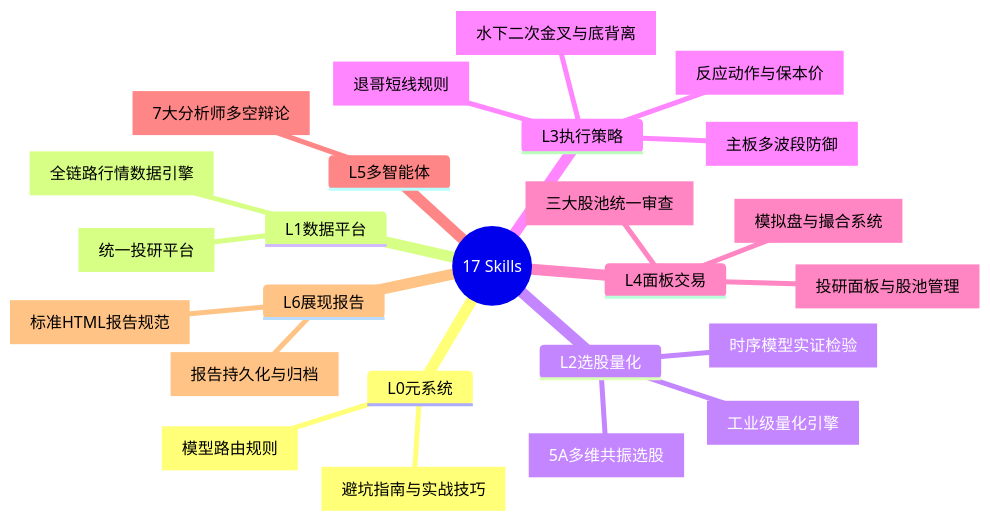
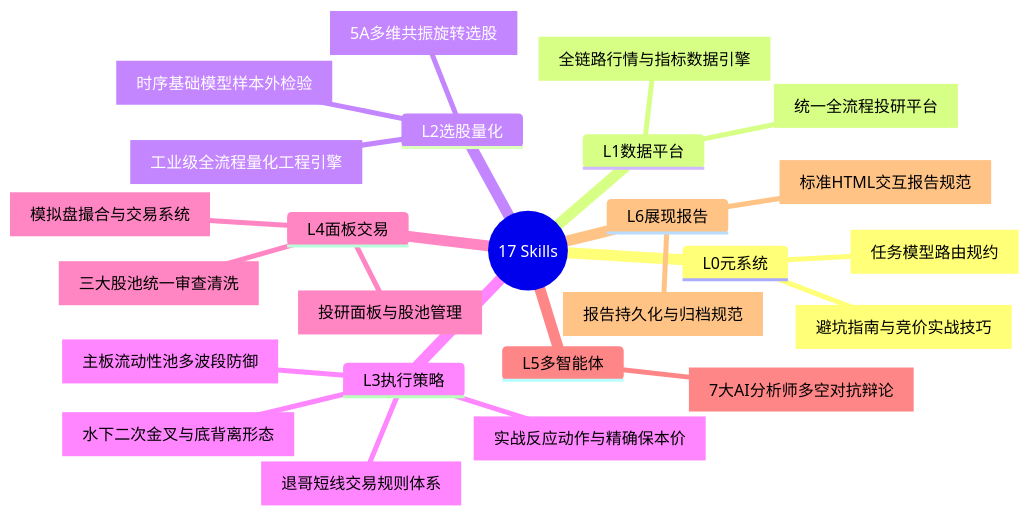
One commit to cvdnn/a_stock_agents changed the second of 3 diagrams in docs/index.md. Above: the diagram before and after it, drawn with Mermaid. The commit also changed other lines of this file and 1 other file, not shown here.

Commit message:
docs: update index.md and quickstart.md with latest architecture, Web UI, and CLI workflows

````diff
--- a/docs/index.md
+++ b/docs/index.md
@@ -148,28 +267,28 @@
 ```mermaid
 mindmap
   root((17 Skills))
     L0元系统
-      astock-meta-routing[模型路由规则]
-      astock-knowledge-tips[避坑指南与实战技巧]
+      astock-meta-routing[任务模型路由规约]
+      astock-knowledge-tips[避坑指南与竞价实战技巧]
     L1数据平台
-      astock-data-feed[全链路行情数据引擎]
-      astock-platform-evaluate[统一投研平台]
+      astock-data-feed[全链路行情与指标数据引擎]
+      astock-platform-evaluate[统一全流程投研平台]
     L2选股量化
-      astock-screener-5a[5A多维共振选股]
-      astock-quant-engine[工业级量化引擎]
-      astock-model-validation[时序模型实证检验]
+      astock-screener-5a[5A多维共振旋转选股]
+      astock-quant-engine[工业级全流程量化工程引擎]
+      astock-model-validation[时序基础模型样本外检验]
     L3执行策略
-      astock-action-execution[反应动作与保本价]
-      astock-strategy-mainboard[主板多波段防御]
-      astock-strategy-tuige[退哥短线规则]
-      astock-strategy-macd[水下二次金叉与底背离]
+      astock-action-execution[实战反应动作与精确保本价]
+      astock-strategy-mainboard[主板流动性池多波段防御]
+      astock-strategy-tuige[退哥短线交易规则体系]
+      astock-strategy-macd[水下二次金叉与底背离形态]
     L4面板交易
       astock-pool-dashboard[投研面板与股池管理]
-      astock-pool-audit[三大股池统一审查]
-      astock-trade-paper[模拟盘与撮合系统]
+      astock-pool-audit[三大股池统一审查清洗]
+      astock-trade-paper[模拟盘撮合与交易系统]
     L5多智能体
-      astock-agent-debate[7大分析师多空辩论]
+      astock-agent-debate[7大AI分析师多空对抗辩论]
     L6展现报告
-      astock-report-html[标准HTML报告规范]
-      astock-report-archive[报告持久化与归档]
+      astock-report-html[标准HTML交互报告规范]
+      astock-report-archive[报告持久化与归档规范]
 ```
````
